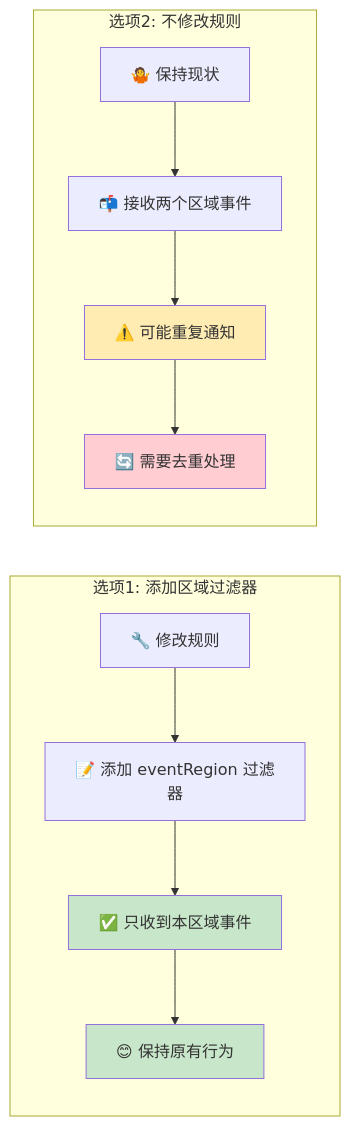
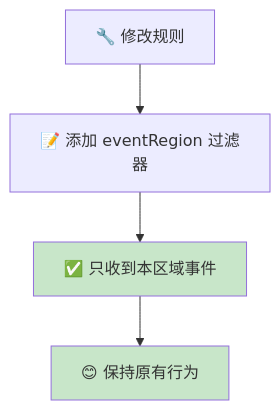
The fourth of 5 diagrams in README.md (mengchen-tam/event-bridge-health-change-for-backup-region), drawn with Mermaid before and after one commit. The commit also changed other lines of this file, not shown here.

Commit message:
Improve README layout with side-by-side diagrams and fix script output formatting

````diff
--- a/README.md
+++ b/README.md
@@ -80,19 +98,9 @@
 ```mermaid
-graph LR
-    subgraph "选项1: 添加区域过滤器"
-        A1[🔧 修改规则] --> B1[📝 添加 eventRegion 过滤器]
-        B1 --> C1[✅ 只收到本区域事件]
-        C1 --> D1[😊 保持原有行为]
-    end
-    
-    subgraph "选项2: 不修改规则"
-        A2[🤷 保持现状] --> B2[📬 接收两个区域事件]
-        B2 --> C2[⚠️ 可能重复通知]
-        C2 --> D2[🔄 需要去重处理]
-    end
+graph TD
+    A1[🔧 修改规则] --> B1[📝 添加 eventRegion 过滤器]
+    B1 --> C1[✅ 只收到本区域事件]
+    C1 --> D1[😊 保持原有行为]
     
     style C1 fill:#c8e6c9
     style D1 fill:#c8e6c9
-    style C2 fill:#ffecb3
-    style D2 fill:#ffcdd2
 ```
````
